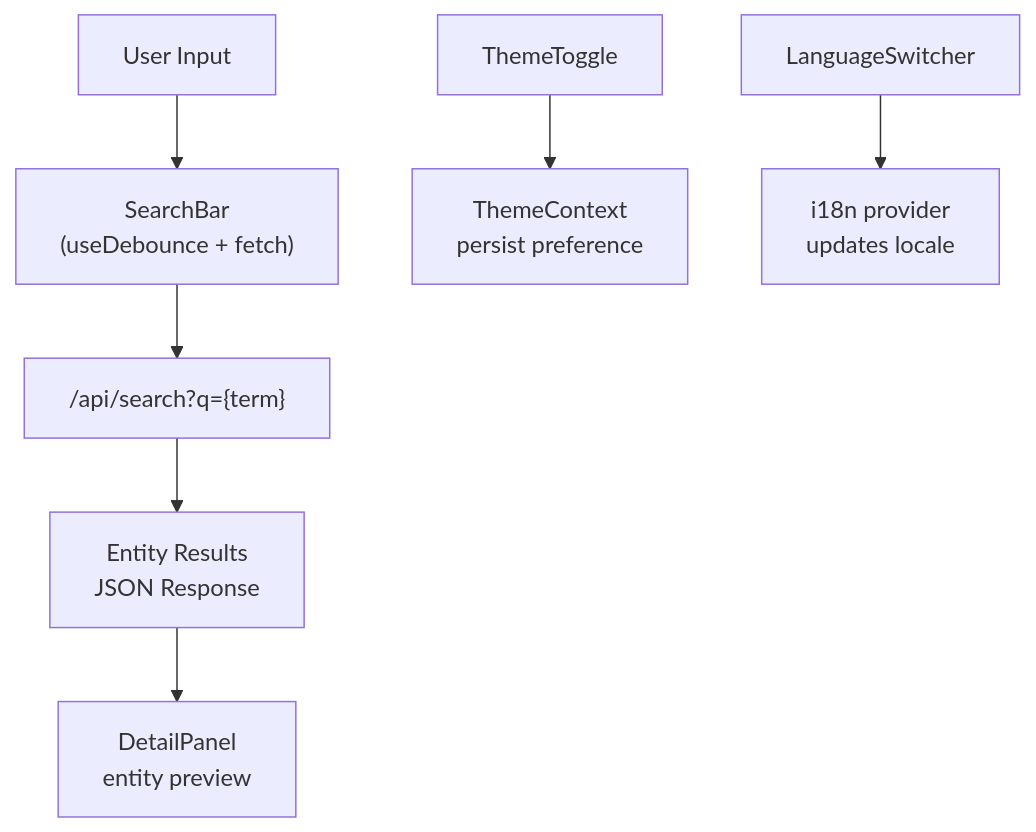
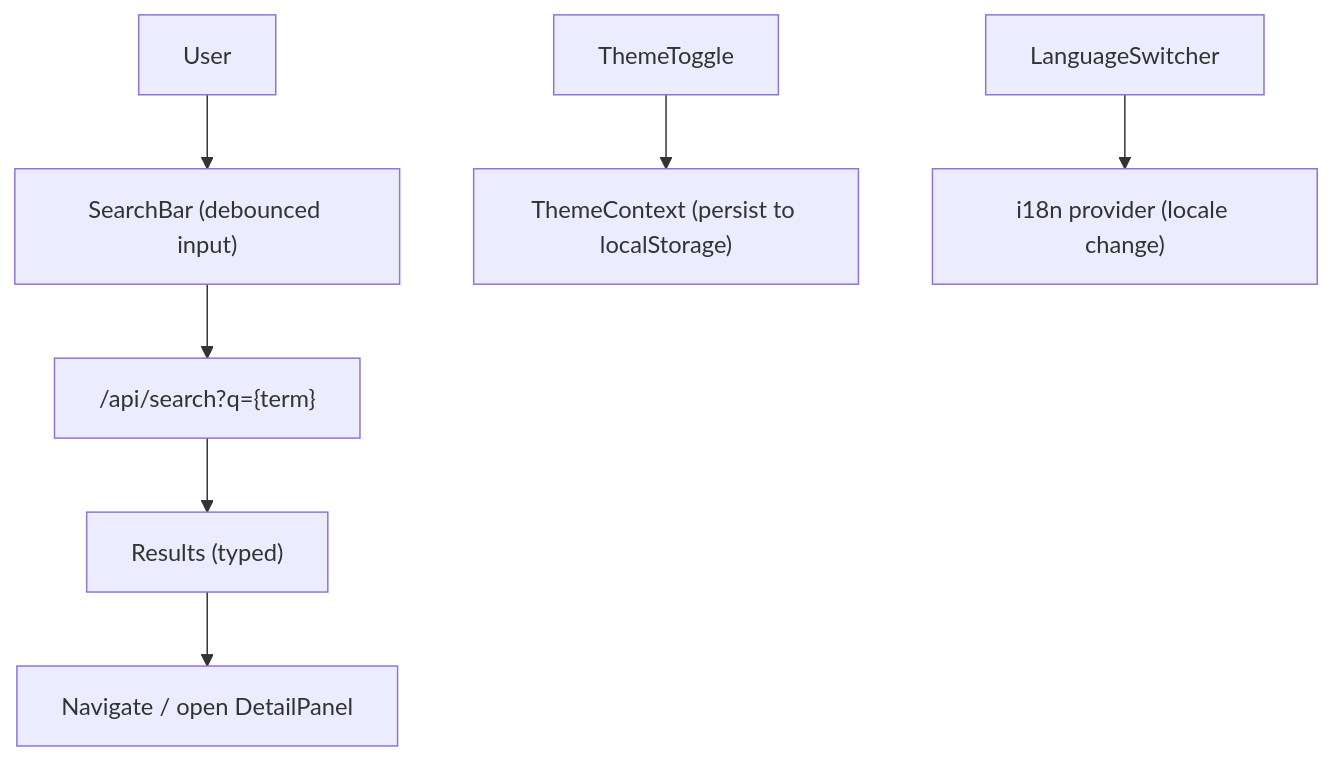
Before and after one commit to bartytime4life/Kansas-Frontier-Matrix: the second of 2 diagrams in web/src/components/Header/README.md, drawn with Mermaid. The commit also changed other lines of this file, not shown here.

````diff
--- a/web/src/components/Header/README.md
+++ b/web/src/components/Header/README.md
@@ -130,10 +114,10 @@
 ```mermaid
 flowchart TD
-  U["User Input"] --> SB["SearchBar<br/>(useDebounce + fetch)"]
+  U["User"] --> SB["SearchBar (debounced input)"]
   SB --> API["/api/search?q={term}"]
-  API --> RES["Entity Results<br/>JSON Response"]
-  RES --> DP["DetailPanel<br/>entity preview"]
-  T["ThemeToggle"] --> TC["ThemeContext<br/>persist preference"]
-  L["LanguageSwitcher"] --> I18N["i18n provider<br/>updates locale"]
+  API --> RES["Results (typed)"]
+  RES --> NAV["Navigate / open DetailPanel"]
+  TT["ThemeToggle"] --> TC["ThemeContext (persist to localStorage)"]
+  LS["LanguageSwitcher"] --> I18N["i18n provider (locale change)"]
 %% END OF MERMAID
 ```
````
